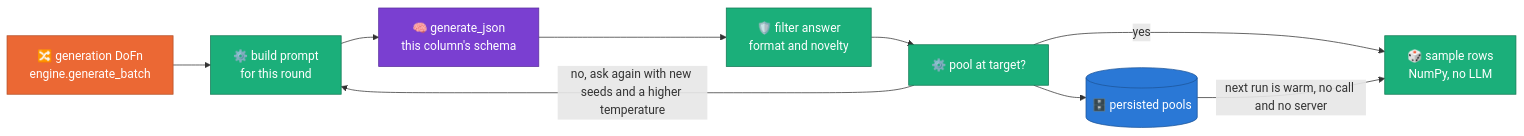
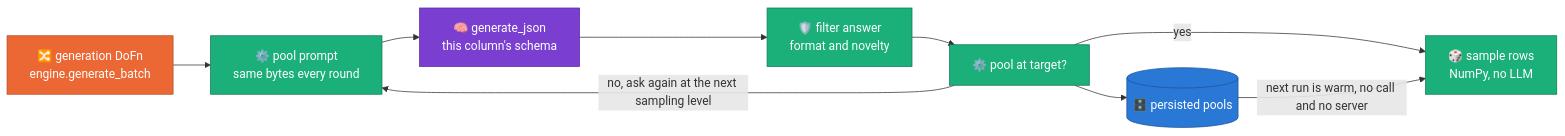
The fifth of 8 diagrams in docs/DESIGN.md (albertols/synthetic-llm-dataflow-bigquery), drawn with Mermaid before and after one commit. The commit also changed other lines of this file and 1 other file, not shown here.

````diff
--- a/docs/DESIGN.md
+++ b/docs/DESIGN.md
@@ -172,23 +172,23 @@
 ```mermaid
 flowchart LR
   classDef beam  fill:#eb6834,color:#fff,stroke:#b44f26
   classDef cpu   fill:#1baf7a,color:#fff,stroke:#127a55
   classDef gpu   fill:#7a3fd1,color:#fff,stroke:#5a2f9d
   classDef store fill:#2a78d6,color:#fff,stroke:#1d5599
 
   B1["🔀 generation DoFn<br/>engine.generate_batch"]:::beam
-  B2["⚙️ build prompt<br/>for this round"]:::cpu
+  B2["⚙️ pool prompt<br/>same bytes every round"]:::cpu
   B3["🧠 generate_json<br/>this column's schema"]:::gpu
   B4["🛡️ filter answer<br/>format and novelty"]:::cpu
   B5["⚙️ pool at target?"]:::cpu
   B6["🎲 sample rows<br/>NumPy, no LLM"]:::cpu
   B7[("🗄️ persisted pools")]:::store
   B1 --> B2
   B2 --> B3
   B3 --> B4
   B4 --> B5
-  B5 -->|"no, ask again with new seeds and a higher temperature"| B2
+  B5 -->|"no, ask again at the next sampling level"| B2
   B5 -->|"yes"| B6
   B5 --> B7
   B7 -->|"next run is warm, no call and no server"| B6
 ```
````
